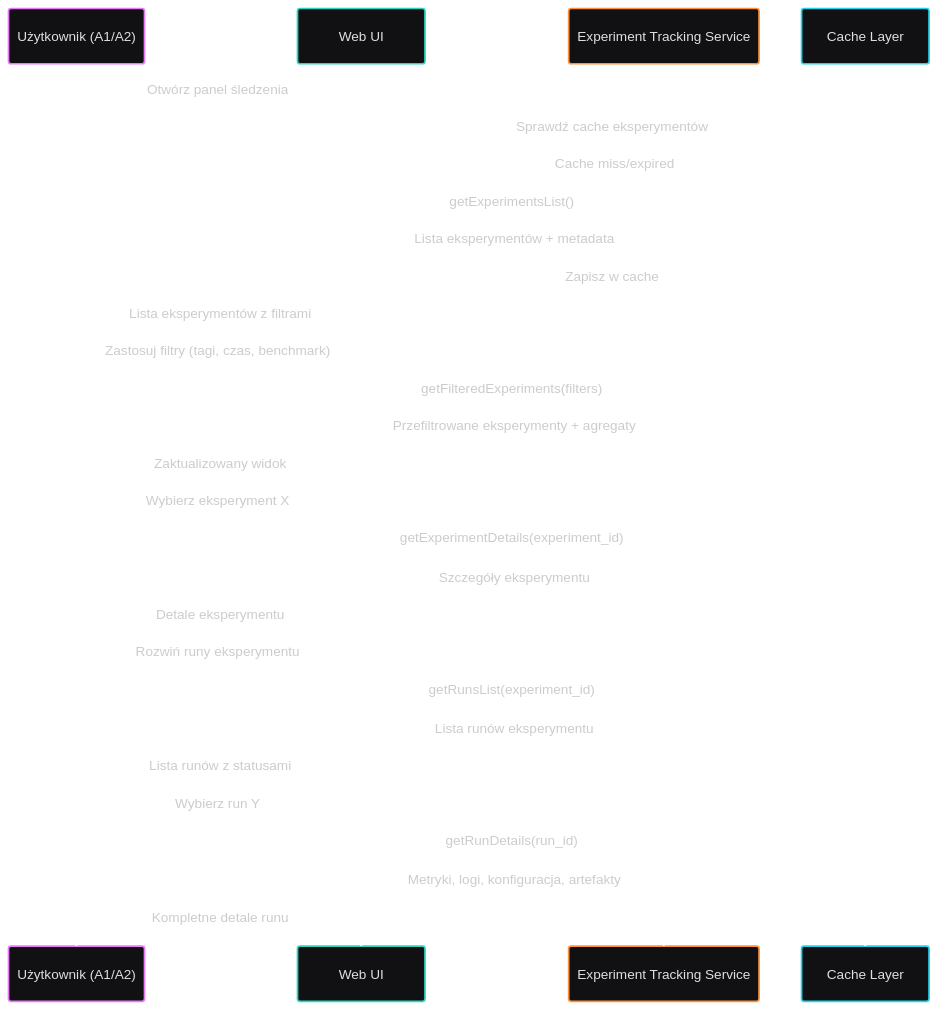
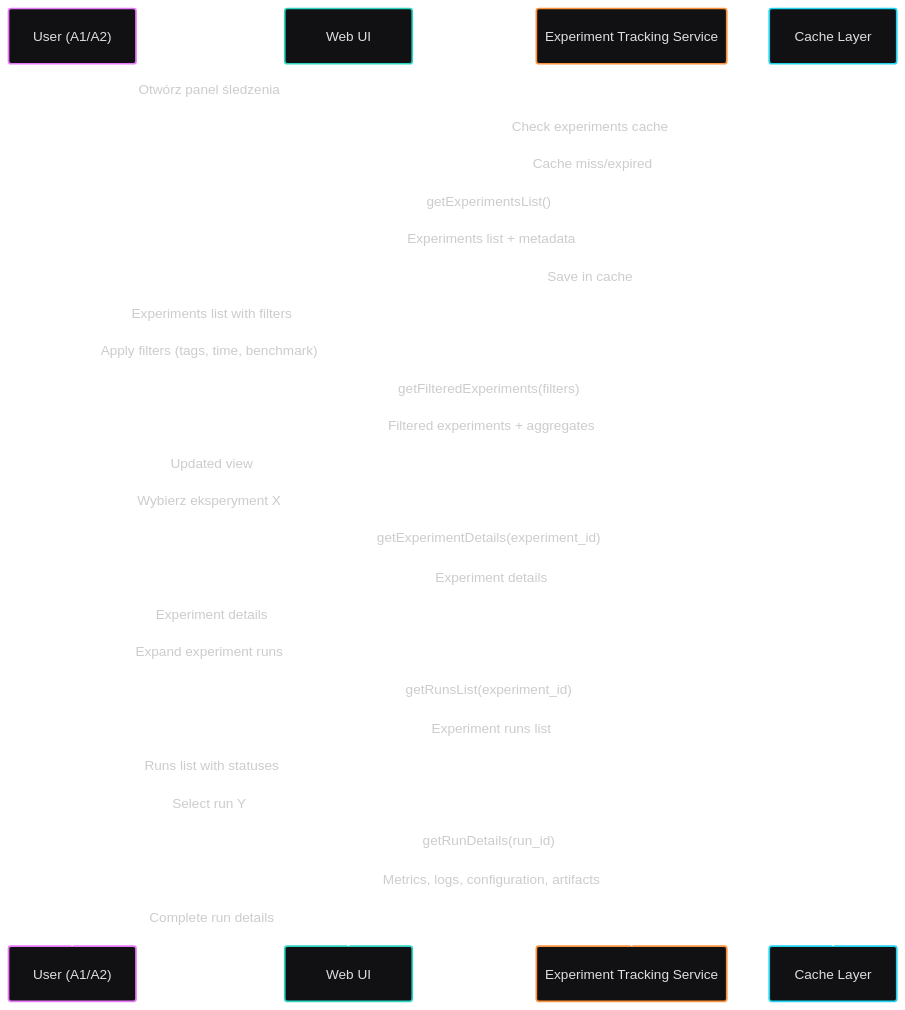
Diagram 13 of 33 in docs/requirements/use-cases.md (jedrzejpolaczek/aviarium.corvidae.corvus_corone), drawn with Mermaid before and after one commit. The commit also changed other lines of this file and 21 other files, not shown here.

````diff
--- a/docs/requirements/use-cases.md
+++ b/docs/requirements/use-cases.md
@@ -615,34 +615,34 @@
 ```mermaid
 ---
 config:
   theme: redux-dark-color
 ---
 sequenceDiagram
-    participant User as Użytkownik (A1/A2)
+    participant User as User (A1/A2)
     participant UI as Web UI
     participant ETS as Experiment Tracking Service
     participant Cache as Cache Layer
     User->>UI: Otwórz panel śledzenia
-    UI->>Cache: Sprawdź cache eksperymentów
+    UI->>Cache: Check experiments cache
     Cache-->>UI: Cache miss/expired
     UI->>ETS: getExperimentsList()
-    ETS-->>UI: Lista eksperymentów + metadata
-    UI->>Cache: Zapisz w cache
-    UI-->>User: Lista eksperymentów z filtrami
-    User->>UI: Zastosuj filtry (tagi, czas, benchmark)
+    ETS-->>UI: Experiments list + metadata
+    UI->>Cache: Save in cache
+    UI-->>User: Experiments list with filters
+    User->>UI: Apply filters (tags, time, benchmark)
     UI->>ETS: getFilteredExperiments(filters)
-    ETS-->>UI: Przefiltrowane eksperymenty + agregaty
-    UI-->>User: Zaktualizowany widok
+    ETS-->>UI: Filtered experiments + aggregates
+    UI-->>User: Updated view
     User->>UI: Wybierz eksperyment X
     UI->>ETS: getExperimentDetails(experiment_id)
-    ETS-->>UI: Szczegóły eksperymentu
-    UI-->>User: Detale eksperymentu
-    User->>UI: Rozwiń runy eksperymentu
+    ETS-->>UI: Experiment details
+    UI-->>User: Experiment details
+    User->>UI: Expand experiment runs
     UI->>ETS: getRunsList(experiment_id)
-    ETS-->>UI: Lista runów eksperymentu
-    UI-->>User: Lista runów z statusami
-    User->>UI: Wybierz run Y
+    ETS-->>UI: Experiment runs list
+    UI-->>User: Runs list with statuses
+    User->>UI: Select run Y
     UI->>ETS: getRunDetails(run_id)
-    ETS-->>UI: Metryki, logi, konfiguracja, artefakty
-    UI-->>User: Kompletne detale runu
+    ETS-->>UI: Metrics, logs, configuration, artifacts
+    UI-->>User: Complete run details
 ```
````
